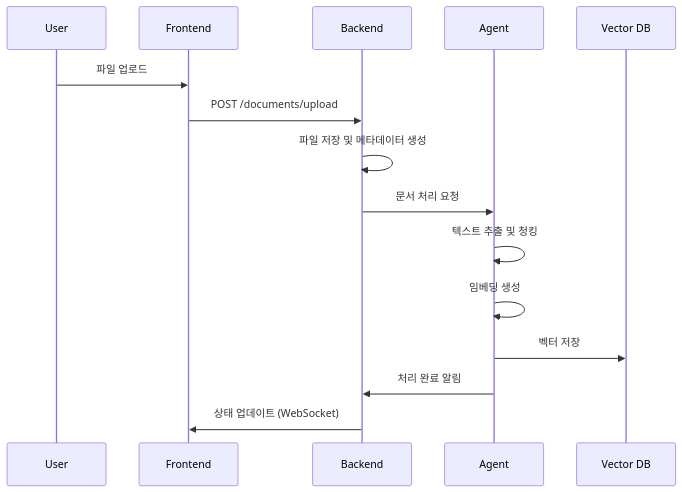
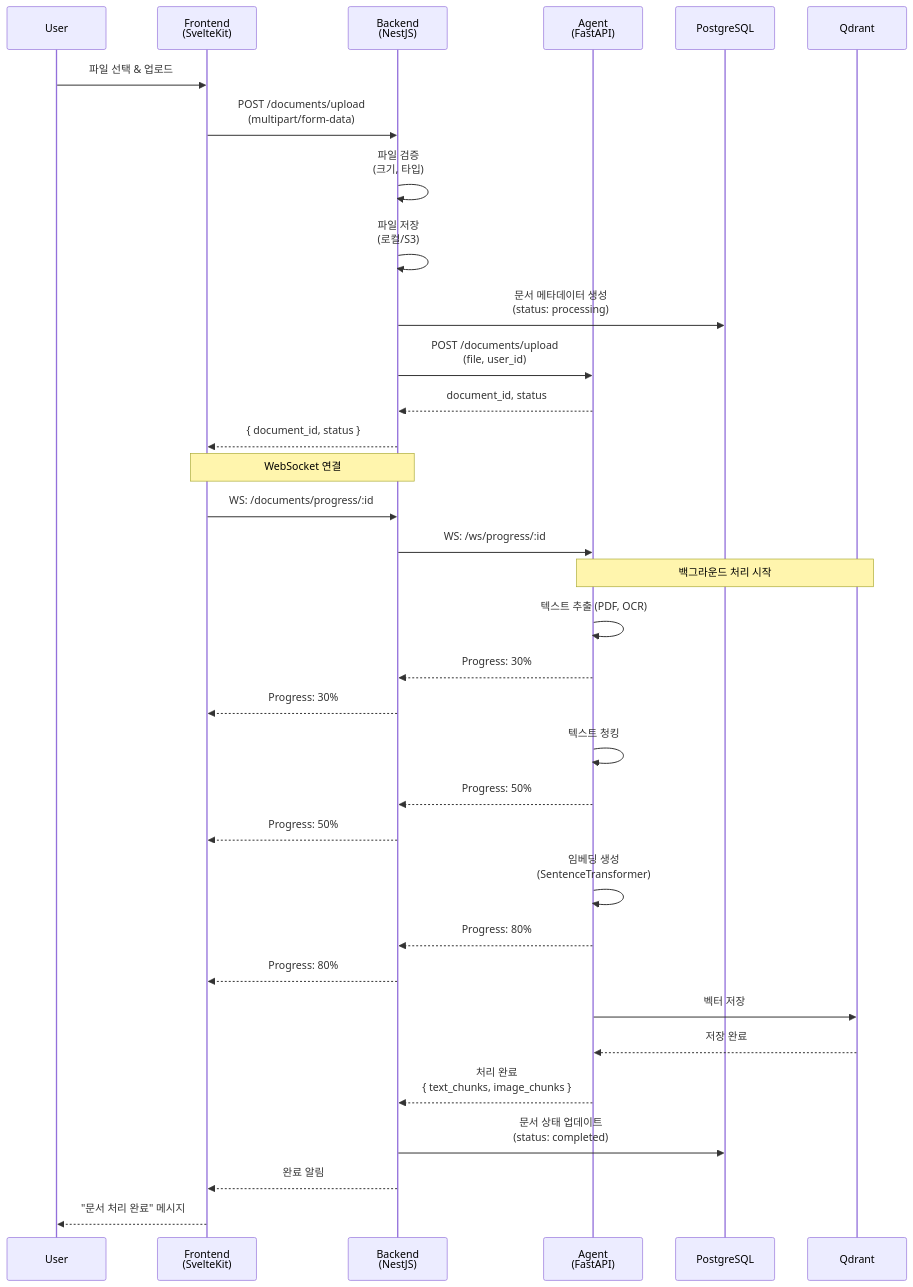
Before and after one commit to JlnHyeok/RAG-SYSTEM: the fifth of 11 diagrams in docs/02-System-Architecture.md, drawn with Mermaid. The commit also changed other lines of this file and 219 other files, not shown here.

Commit message:
Backend Code 추가 및 Agent Code 수정

````diff
--- a/docs/02-System-Architecture.md
+++ b/docs/02-System-Architecture.md
@@ -314,18 +999,46 @@
 ```mermaid
 sequenceDiagram
-    participant U as User
-    participant FE as Frontend
-    participant BE as Backend
-    participant A as Agent
-    participant VDB as Vector DB
+    participant User
+    participant FE as Frontend<br/>(SvelteKit)
+    participant BE as Backend<br/>(NestJS)
+    participant Agent as Agent<br/>(FastAPI)
+    participant PG as PostgreSQL
+    participant VDB as Qdrant
 
-    U->>FE: 파일 업로드
-    FE->>BE: POST /documents/upload
-    BE->>BE: 파일 저장 및 메타데이터 생성
-    BE->>A: 문서 처리 요청
-    A->>A: 텍스트 추출 및 청킹
-    A->>A: 임베딩 생성
-    A->>VDB: 벡터 저장
-    A->>BE: 처리 완료 알림
-    BE->>FE: 상태 업데이트 (WebSocket)
+    User->>FE: 파일 선택 & 업로드
+    FE->>BE: POST /documents/upload<br/>(multipart/form-data)
+    
+    BE->>BE: 파일 검증<br/>(크기, 타입)
+    BE->>BE: 파일 저장<br/>(로컬/S3)
+    BE->>PG: 문서 메타데이터 생성<br/>(status: processing)
+    
+    BE->>Agent: POST /documents/upload<br/>(file, user_id)
+    Agent-->>BE: document_id, status
+    BE-->>FE: { document_id, status }
+    
+    Note over FE,BE: WebSocket 연결
+    FE->>BE: WS: /documents/progress/:id
+    BE->>Agent: WS: /ws/progress/:id
+    
+    Note over Agent,VDB: 백그라운드 처리 시작
+    
+    Agent->>Agent: 텍스트 추출 (PDF, OCR)
+    Agent-->>BE: Progress: 30%
+    BE-->>FE: Progress: 30%
+    
+    Agent->>Agent: 텍스트 청킹
+    Agent-->>BE: Progress: 50%  
+    BE-->>FE: Progress: 50%
+    
+    Agent->>Agent: 임베딩 생성<br/>(SentenceTransformer)
+    Agent-->>BE: Progress: 80%
+    BE-->>FE: Progress: 80%
+    
+    Agent->>VDB: 벡터 저장
+    VDB-->>Agent: 저장 완료
+    
+    Agent-->>BE: 처리 완료<br/>{ text_chunks, image_chunks }
+    BE->>PG: 문서 상태 업데이트<br/>(status: completed)
+    BE-->>FE: 완료 알림
+    FE-->>User: "문서 처리 완료" 메시지
 ```
````
